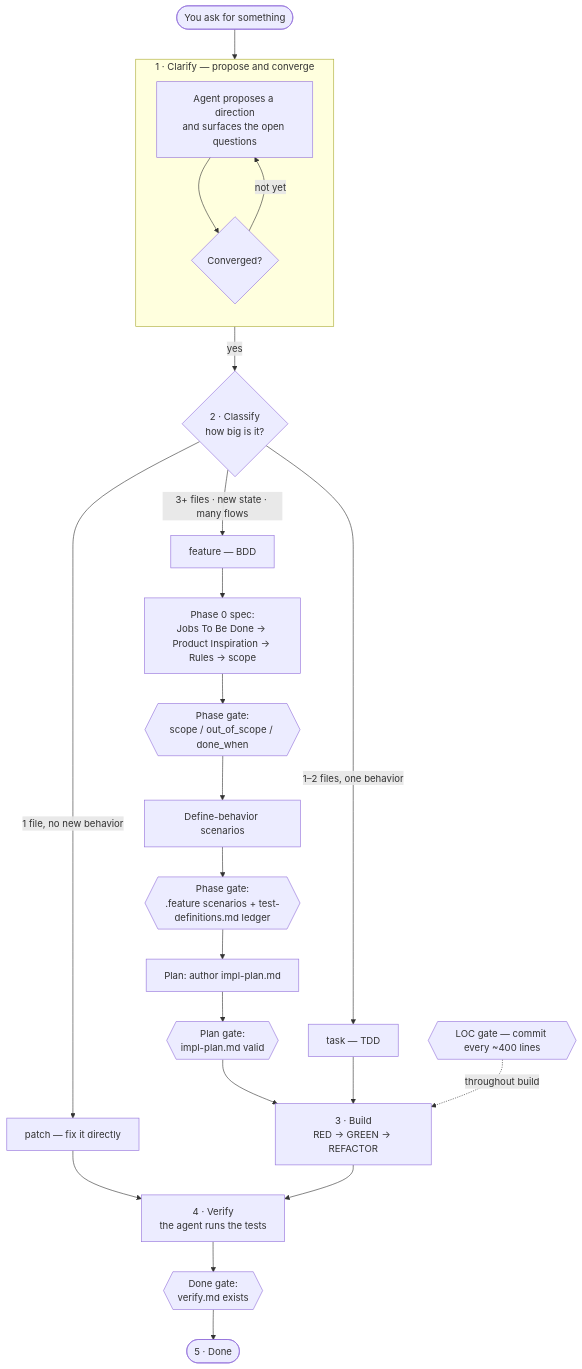
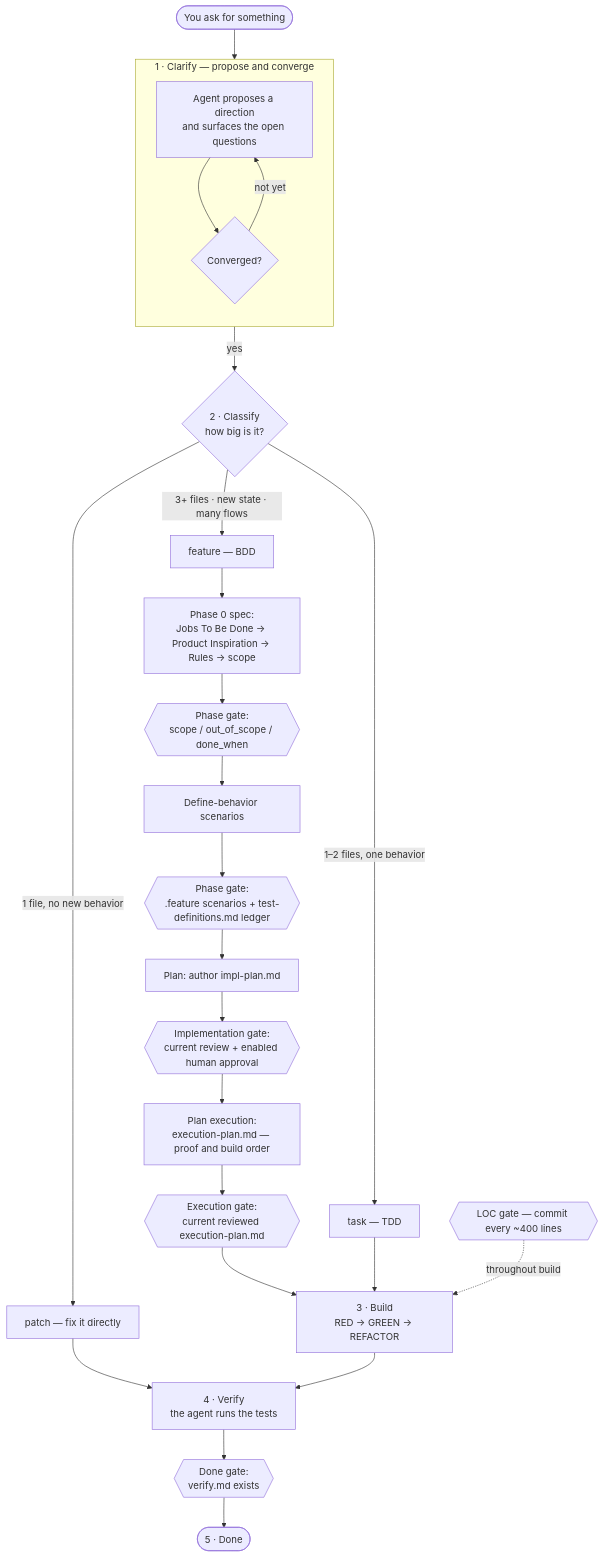
Before and after one commit to ArcadeAI/safeword: the diagram in README.md, drawn with Mermaid. The commit also changed other lines of this file and 4 other files, not shown here.

````diff
--- a/README.md
+++ b/README.md
@@ -190,36 +190,38 @@
 ```mermaid
 flowchart TD
     start([You ask for something])
     start --> propose
 
     subgraph clarify ["1 · Clarify — propose and converge"]
       direction TB
       propose["Agent proposes a direction<br/>and surfaces the open questions"]
       converged{"Converged?"}
       propose --> converged
       converged -->|"not yet"| propose
     end
 
     converged -->|"yes"| classify{"2 · Classify<br/>how big is it?"}
 
     classify -->|"1 file, no new behavior"| patch["patch — fix it directly"]
     classify -->|"1–2 files, one behavior"| task["task — TDD"]
     classify -->|"3+ files · new state · many flows"| feature["feature — BDD"]
 
     feature --> phase0["Phase 0 spec:<br/>Jobs To Be Done → Product Inspiration → Rules → scope"]
     phase0 --> g1{{"Phase gate:<br/>scope / out_of_scope / done_when"}}
     g1 --> scenarios["Define-behavior scenarios"]
     scenarios --> g2{{"Phase gate:<br/>.feature scenarios + test-definitions.md ledger"}}
     g2 --> plan["Plan: author impl-plan.md"]
-    plan --> g4{{"Plan gate:<br/>impl-plan.md valid"}}
-    g4 --> build
+    plan --> g4{{"Implementation gate:<br/>current review + enabled human approval"}}
+    g4 --> execution["Plan execution:<br/>execution-plan.md — proof and build order"]
+    execution --> executionGate{{"Execution gate:<br/>current reviewed execution-plan.md"}}
+    executionGate --> build
 
     task --> build["3 · Build<br/>RED → GREEN → REFACTOR"]
     patch --> verify
 
     build --> verify["4 · Verify<br/>the agent runs the tests"]
     verify --> g3{{"Done gate:<br/>verify.md exists"}}
     g3 --> done([5 · Done])
 
     loc{{"LOC gate — commit every ~400 lines"}} -.->|throughout build| build
 ```
````
